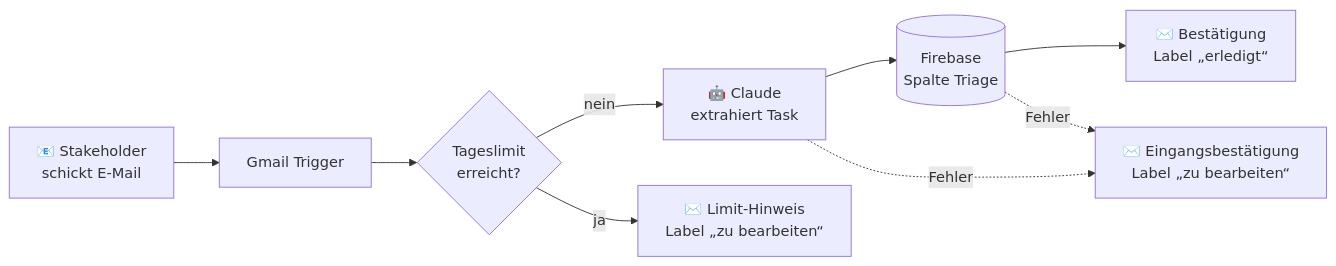
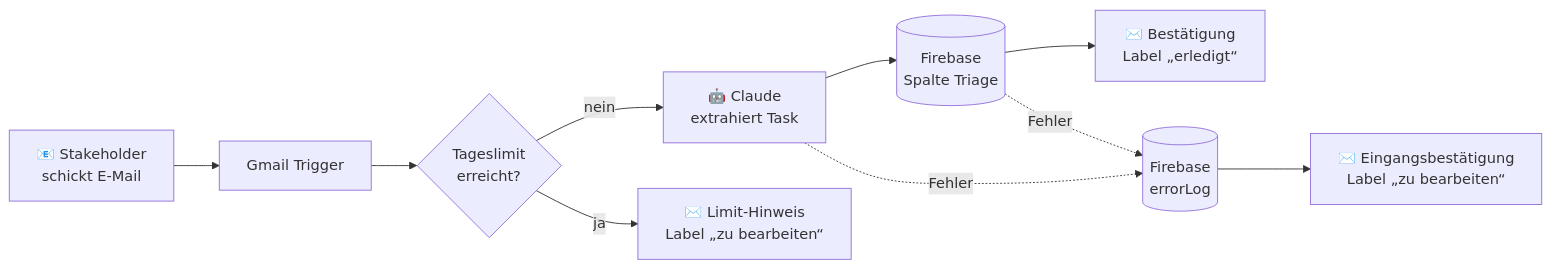
One commit to dfo81/Join_V2_Ai changed the diagram in README.md. Above: the diagram before and after it, drawn with Mermaid. The commit also changed other lines of this file and 4 other files, not shown here.

````diff
--- a/README.md
+++ b/README.md
@@ -58,11 +58,12 @@
 ```mermaid
 flowchart LR
     A[📧 Stakeholder<br/>schickt E-Mail] --> B[Gmail Trigger]
     B --> C{Tageslimit<br/>erreicht?}
     C -- nein --> D[🤖 Claude<br/>extrahiert Task]
     D --> E[(Firebase<br/>Spalte Triage)]
     E --> F[✉️ Bestätigung<br/>Label „erledigt“]
     C -- ja --> G[✉️ Limit-Hinweis<br/>Label „zu bearbeiten“]
-    D -. Fehler .-> H[✉️ Eingangsbestätigung<br/>Label „zu bearbeiten“]
-    E -. Fehler .-> H
+    D -. Fehler .-> L[(Firebase<br/>errorLog)]
+    E -. Fehler .-> L
+    L --> H[✉️ Eingangsbestätigung<br/>Label „zu bearbeiten“]
 ```
````
